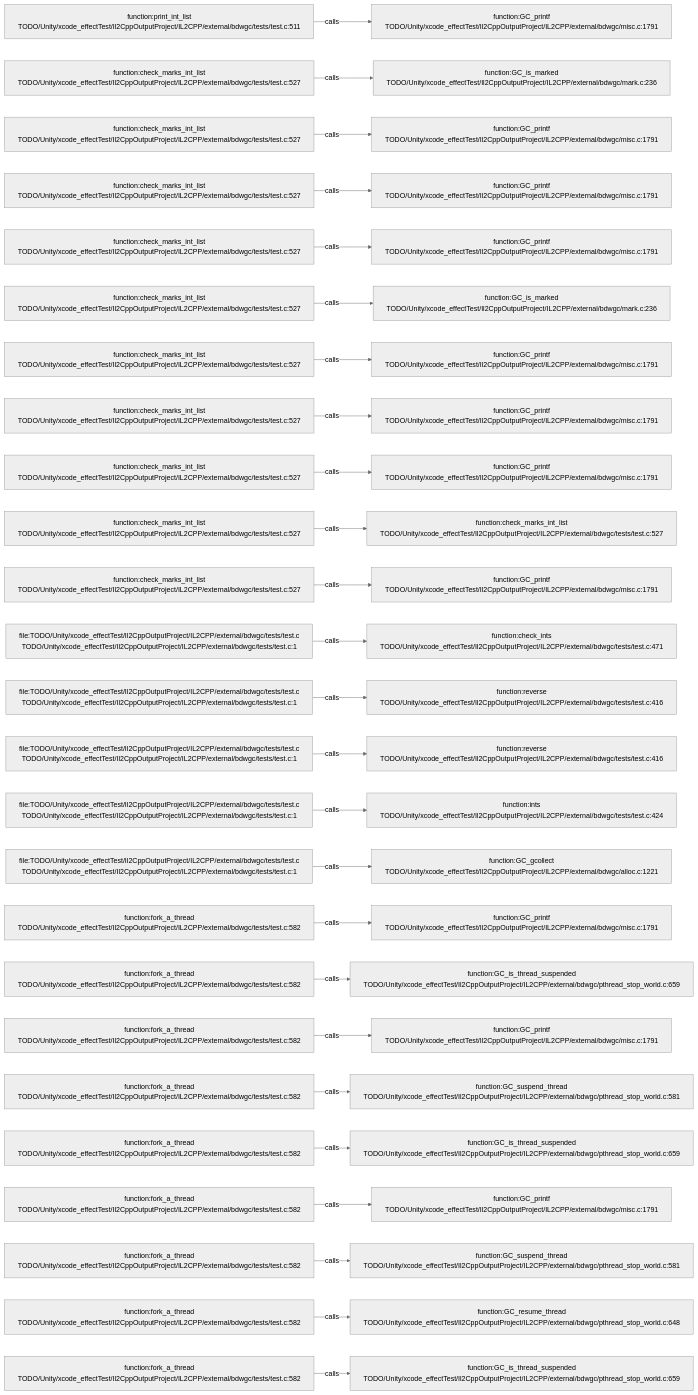
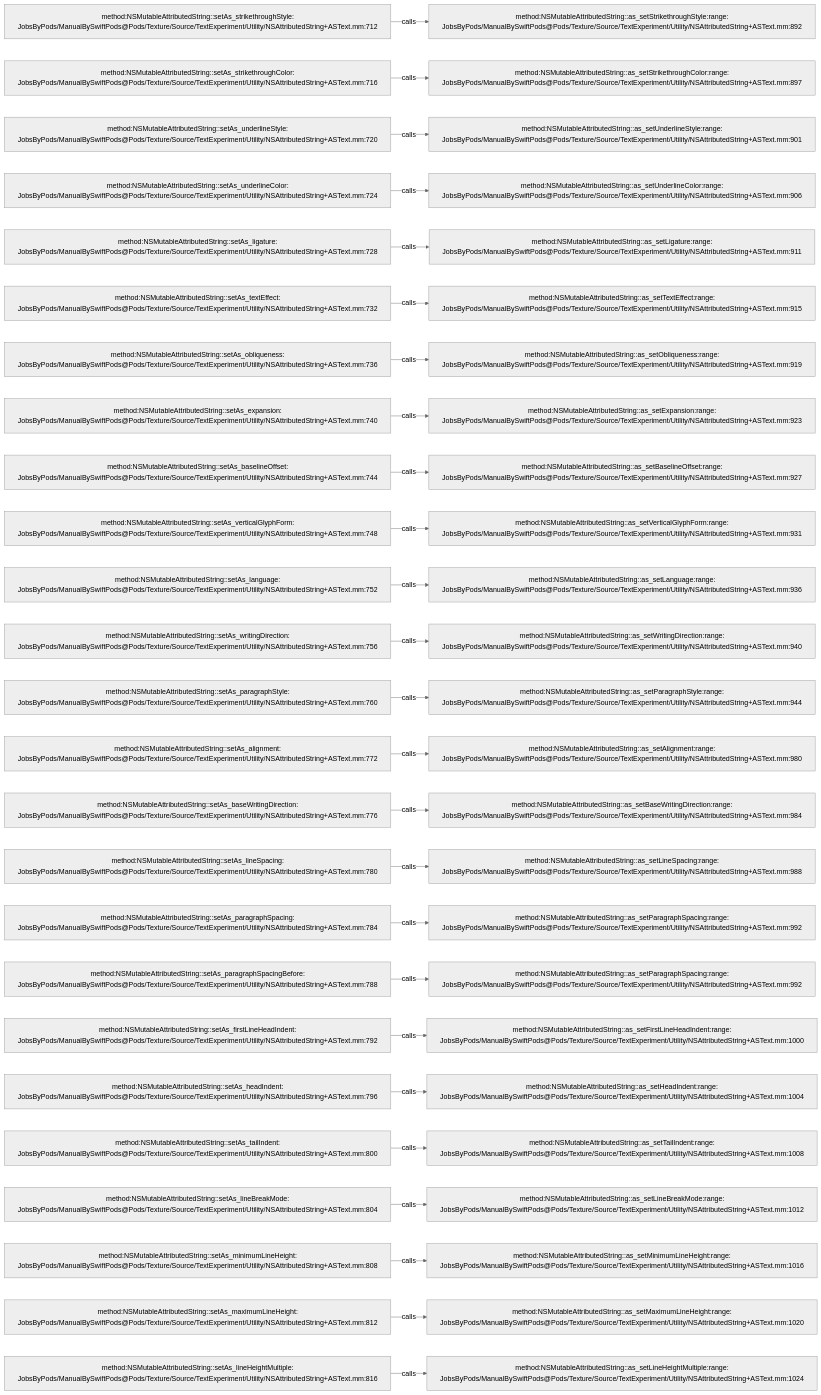
Before and after one commit to JobsKits/JobsSwiftBaseConfigDemo: the diagram in .codegraph/codegraph.md/graphs/calls-163.md, drawn with Mermaid (neutral theme). The commit also changed 2959 other files, not shown here.

````diff
--- a/.codegraph/codegraph.md/graphs/calls-163.md
+++ b/.codegraph/codegraph.md/graphs/calls-163.md
@@ -13,78 +13,78 @@
 ```mermaid
 flowchart LR
-  S1["function:print_int_list<br/>TODO/Unity/xcode_effectTest/Il2CppOutputProject/IL2CPP/external/bdwgc/tests/test.c:511"]
-  T1["function:GC_printf<br/>TODO/Unity/xcode_effectTest/Il2CppOutputProject/IL2CPP/external/bdwgc/misc.c:1791"]
+  S1["method:NSMutableAttributedString::setAs_strikethroughStyle:<br/>JobsByPods/ManualBySwiftPods@Pods/Texture/Source/TextExperiment/Utility/NSAttributedString+ASText.mm:712"]
+  T1["method:NSMutableAttributedString::as_setStrikethroughStyle:range:<br/>JobsByPods/ManualBySwiftPods@Pods/Texture/Source/TextExperiment/Utility/NSAttributedString+ASText.mm:892"]
   S1 -->|calls| T1
-  S2["function:check_marks_int_list<br/>TODO/Unity/xcode_effectTest/Il2CppOutputProject/IL2CPP/external/bdwgc/tests/test.c:527"]
-  T2["function:GC_is_marked<br/>TODO/Unity/xcode_effectTest/Il2CppOutputProject/IL2CPP/external/bdwgc/mark.c:236"]
+  S2["method:NSMutableAttributedString::setAs_strikethroughColor:<br/>JobsByPods/ManualBySwiftPods@Pods/Texture/Source/TextExperiment/Utility/NSAttributedString+ASText.mm:716"]
+  T2["method:NSMutableAttributedString::as_setStrikethroughColor:range:<br/>JobsByPods/ManualBySwiftPods@Pods/Texture/Source/TextExperiment/Utility/NSAttributedString+ASText.mm:897"]
   S2 -->|calls| T2
-  S3["function:check_marks_int_list<br/>TODO/Unity/xcode_effectTest/Il2CppOutputProject/IL2CPP/external/bdwgc/tests/test.c:527"]
-  T3["function:GC_printf<br/>TODO/Unity/xcode_effectTest/Il2CppOutputProject/IL2CPP/external/bdwgc/misc.c:1791"]
+  S3["method:NSMutableAttributedString::setAs_underlineStyle:<br/>JobsByPods/ManualBySwiftPods@Pods/Texture/Source/TextExperiment/Utility/NSAttributedString+ASText.mm:720"]
+  T3["method:NSMutableAttributedString::as_setUnderlineStyle:range:<br/>JobsByPods/ManualBySwiftPods@Pods/Texture/Source/TextExperiment/Utility/NSAttributedString+ASText.mm:901"]
   S3 -->|calls| T3
-  S4["function:check_marks_int_list<br/>TODO/Unity/xcode_effectTest/Il2CppOutputProject/IL2CPP/external/bdwgc/tests/test.c:527"]
-  T4["function:GC_printf<br/>TODO/Unity/xcode_effectTest/Il2CppOutputProject/IL2CPP/external/bdwgc/misc.c:1791"]
+  S4["method:NSMutableAttributedString::setAs_underlineColor:<br/>JobsByPods/ManualBySwiftPods@Pods/Texture/Source/TextExperiment/Utility/NSAttributedString+ASText.mm:724"]
+  T4["method:NSMutableAttributedString::as_setUnderlineColor:range:<br/>JobsByPods/ManualBySwiftPods@Pods/Texture/Source/TextExperiment/Utility/NSAttributedString+ASText.mm:906"]
   S4 -->|calls| T4
-  S5["function:check_marks_int_list<br/>TODO/Unity/xcode_effectTest/Il2CppOutputProject/IL2CPP/external/bdwgc/tests/test.c:527"]
-  T5["function:GC_printf<br/>TODO/Unity/xcode_effectTest/Il2CppOutputProject/IL2CPP/external/bdwgc/misc.c:1791"]
+  S5["method:NSMutableAttributedString::setAs_ligature:<br/>JobsByPods/ManualBySwiftPods@Pods/Texture/Source/TextExperiment/Utility/NSAttributedString+ASText.mm:728"]
+  T5["method:NSMutableAttributedString::as_setLigature:range:<br/>JobsByPods/ManualBySwiftPods@Pods/Texture/Source/TextExperiment/Utility/NSAttributedString+ASText.mm:911"]
   S5 -->|calls| T5
-  S6["function:check_marks_int_list<br/>TODO/Unity/xcode_effectTest/Il2CppOutputProject/IL2CPP/external/bdwgc/tests/test.c:527"]
-  T6["function:GC_is_marked<br/>TODO/Unity/xcode_effectTest/Il2CppOutputProject/IL2CPP/external/bdwgc/mark.c:236"]
+  S6["method:NSMutableAttributedString::setAs_textEffect:<br/>JobsByPods/ManualBySwiftPods@Pods/Texture/Source/TextExperiment/Utility/NSAttributedString+ASText.mm:732"]
+  T6["method:NSMutableAttributedString::as_setTextEffect:range:<br/>JobsByPods/ManualBySwiftPods@Pods/Texture/Source/TextExperiment/Utility/NSAttributedString+ASText.mm:915"]
   S6 -->|calls| T6
-  S7["function:check_marks_int_list<br/>TODO/Unity/xcode_effectTest/Il2CppOutputProject/IL2CPP/external/bdwgc/tests/test.c:527"]
-  T7["function:GC_printf<br/>TODO/Unity/xcode_effectTest/Il2CppOutputProject/IL2CPP/external/bdwgc/misc.c:1791"]
+  S7["method:NSMutableAttributedString::setAs_obliqueness:<br/>JobsByPods/ManualBySwiftPods@Pods/Texture/Source/TextExperiment/Utility/NSAttributedString+ASText.mm:736"]
+  T7["method:NSMutableAttributedString::as_setObliqueness:range:<br/>JobsByPods/ManualBySwiftPods@Pods/Texture/Source/TextExperiment/Utility/NSAttributedString+ASText.mm:919"]
   S7 -->|calls| T7
-  S8["function:check_marks_int_list<br/>TODO/Unity/xcode_effectTest/Il2CppOutputProject/IL2CPP/external/bdwgc/tests/test.c:527"]
-  T8["function:GC_printf<br/>TODO/Unity/xcode_effectTest/Il2CppOutputProject/IL2CPP/external/bdwgc/misc.c:1791"]
+  S8["method:NSMutableAttributedString::setAs_expansion:<br/>JobsByPods/ManualBySwiftPods@Pods/Texture/Source/TextExperiment/Utility/NSAttributedString+ASText.mm:740"]
+  T8["method:NSMutableAttributedString::as_setExpansion:range:<br/>JobsByPods/ManualBySwiftPods@Pods/Texture/Source/TextExperiment/Utility/NSAttributedString+ASText.mm:923"]
   S8 -->|calls| T8
-  S9["function:check_marks_int_list<br/>TODO/Unity/xcode_effectTest/Il2CppOutputProject/IL2CPP/external/bdwgc/tests/test.c:527"]
-  T9["function:GC_printf<br/>TODO/Unity/xcode_effectTest/Il2CppOutputProject/IL2CPP/external/bdwgc/misc.c:1791"]
+  S9["method:NSMutableAttributedString::setAs_baselineOffset:<br/>JobsByPods/ManualBySwiftPods@Pods/Texture/Source/TextExperiment/Utility/NSAttributedString+ASText.mm:744"]
+  T9["method:NSMutableAttributedString::as_setBaselineOffset:range:<br/>JobsByPods/ManualBySwiftPods@Pods/Texture/Source/TextExperiment/Utility/NSAttributedString+ASText.mm:927"]
   S9 -->|calls| T9
-  S10["function:check_marks_int_list<br/>TODO/Unity/xcode_effectTest/Il2CppOutputProject/IL2CPP/external/bdwgc/tests/test.c:527"]
-  T10["function:check_marks_int_list<br/>TODO/Unity/xcode_effectTest/Il2CppOutputProject/IL2CPP/external/bdwgc/tests/test.c:527"]
+  S10["method:NSMutableAttributedString::setAs_verticalGlyphForm:<br/>JobsByPods/ManualBySwiftPods@Pods/Texture/Source/TextExperiment/Utility/NSAttributedString+ASText.mm:748"]
+  T10["method:NSMutableAttributedString::as_setVerticalGlyphForm:range:<br/>JobsByPods/ManualBySwiftPods@Pods/Texture/Source/TextExperiment/Utility/NSAttributedString+ASText.mm:931"]
   S10 -->|calls| T10
-  S11["function:check_marks_int_list<br/>TODO/Unity/xcode_effectTest/Il2CppOutputProject/IL2CPP/external/bdwgc/tests/test.c:527"]
-  T11["function:GC_printf<br/>TODO/Unity/xcode_effectTest/Il2CppOutputProject/IL2CPP/external/bdwgc/misc.c:1791"]
+  S11["method:NSMutableAttributedString::setAs_language:<br/>JobsByPods/ManualBySwiftPods@Pods/Texture/Source/TextExperiment/Utility/NSAttributedString+ASText.mm:752"]
+  T11["method:NSMutableAttributedString::as_setLanguage:range:<br/>JobsByPods/ManualBySwiftPods@Pods/Texture/Source/TextExperiment/Utility/NSAttributedString+ASText.mm:936"]
   S11 -->|calls| T11
-  S12["file:TODO/Unity/xcode_effectTest/Il2CppOutputProject/IL2CPP/external/bdwgc/tests/test.c<br/>TODO/Unity/xcode_effectTest/Il2CppOutputProject/IL2CPP/external/bdwgc/tests/test.c:1"]
-  T12["function:check_ints<br/>TODO/Unity/xcode_effectTest/Il2CppOutputProject/IL2CPP/external/bdwgc/tests/test.c:471"]
+  S12["method:NSMutableAttributedString::setAs_writingDirection:<br/>JobsByPods/ManualBySwiftPods@Pods/Texture/Source/TextExperiment/Utility/NSAttributedString+ASText.mm:756"]
+  T12["method:NSMutableAttributedString::as_setWritingDirection:range:<br/>JobsByPods/ManualBySwiftPods@Pods/Texture/Source/TextExperiment/Utility/NSAttributedString+ASText.mm:940"]
   S12 -->|calls| T12
-  S13["file:TODO/Unity/xcode_effectTest/Il2CppOutputProject/IL2CPP/external/bdwgc/tests/test.c<br/>TODO/Unity/xcode_effectTest/Il2CppOutputProject/IL2CPP/external/bdwgc/tests/test.c:1"]
-  T13["function:reverse<br/>TODO/Unity/xcode_effectTest/Il2CppOutputProject/IL2CPP/external/bdwgc/tests/test.c:416"]
+  S13["method:NSMutableAttributedString::setAs_paragraphStyle:<br/>JobsByPods/ManualBySwiftPods@Pods/Texture/Source/TextExperiment/Utility/NSAttributedString+ASText.mm:760"]
+  T13["method:NSMutableAttributedString::as_setParagraphStyle:range:<br/>JobsByPods/ManualBySwiftPods@Pods/Texture/Source/TextExperiment/Utility/NSAttributedString+ASText.mm:944"]
   S13 -->|calls| T13
-  S14["file:TODO/Unity/xcode_effectTest/Il2CppOutputProject/IL2CPP/external/bdwgc/tests/test.c<br/>TODO/Unity/xcode_effectTest/Il2CppOutputProject/IL2CPP/external/bdwgc/tests/test.c:1"]
-  T14["function:reverse<br/>TODO/Unity/xcode_effectTest/Il2CppOutputProject/IL2CPP/external/bdwgc/tests/test.c:416"]
+  S14["method:NSMutableAttributedString::setAs_alignment:<br/>JobsByPods/ManualBySwiftPods@Pods/Texture/Source/TextExperiment/Utility/NSAttributedString+ASText.mm:772"]
+  T14["method:NSMutableAttributedString::as_setAlignment:range:<br/>JobsByPods/ManualBySwiftPods@Pods/Texture/Source/TextExperiment/Utility/NSAttributedString+ASText.mm:980"]
   S14 -->|calls| T14
-  S15["file:TODO/Unity/xcode_effectTest/Il2CppOutputProject/IL2CPP/external/bdwgc/tests/test.c<br/>TODO/Unity/xcode_effectTest/Il2CppOutputProject/IL2CPP/external/bdwgc/tests/test.c:1"]
-  T15["function:ints<br/>TODO/Unity/xcode_effectTest/Il2CppOutputProject/IL2CPP/external/bdwgc/tests/test.c:424"]
+  S15["method:NSMutableAttributedString::setAs_baseWritingDirection:<br/>JobsByPods/ManualBySwiftPods@Pods/Texture/Source/TextExperiment/Utility/NSAttributedString+ASText.mm:776"]
+  T15["method:NSMutableAttributedString::as_setBaseWritingDirection:range:<br/>JobsByPods/ManualBySwiftPods@Pods/Texture/Source/TextExperiment/Utility/NSAttributedString+ASText.mm:984"]
   S15 -->|calls| T15
-  S16["file:TODO/Unity/xcode_effectTest/Il2CppOutputProject/IL2CPP/external/bdwgc/tests/test.c<br/>TODO/Unity/xcode_effectTest/Il2CppOutputProject/IL2CPP/external/bdwgc/tests/test.c:1"]
-  T16["function:GC_gcollect<br/>TODO/Unity/xcode_effectTest/Il2CppOutputProject/IL2CPP/external/bdwgc/alloc.c:1221"]
+  S16["method:NSMutableAttributedString::setAs_lineSpacing:<br/>JobsByPods/ManualBySwiftPods@Pods/Texture/Source/TextExperiment/Utility/NSAttributedString+ASText.mm:780"]
+  T16["method:NSMutableAttributedString::as_setLineSpacing:range:<br/>JobsByPods/ManualBySwiftPods@Pods/Texture/Source/TextExperiment/Utility/NSAttributedString+ASText.mm:988"]
   S16 -->|calls| T16
-  S17["function:fork_a_thread<br/>TODO/Unity/xcode_effectTest/Il2CppOutputProject/IL2CPP/external/bdwgc/tests/test.c:582"]
-  T17["function:GC_printf<br/>TODO/Unity/xcode_effectTest/Il2CppOutputProject/IL2CPP/external/bdwgc/misc.c:1791"]
+  S17["method:NSMutableAttributedString::setAs_paragraphSpacing:<br/>JobsByPods/ManualBySwiftPods@Pods/Texture/Source/TextExperiment/Utility/NSAttributedString+ASText.mm:784"]
+  T17["method:NSMutableAttributedString::as_setParagraphSpacing:range:<br/>JobsByPods/ManualBySwiftPods@Pods/Texture/Source/TextExperiment/Utility/NSAttributedString+ASText.mm:992"]
   S17 -->|calls| T17
-  S18["function:fork_a_thread<br/>TODO/Unity/xcode_effectTest/Il2CppOutputProject/IL2CPP/external/bdwgc/tests/test.c:582"]
-  T18["function:GC_is_thread_suspended<br/>TODO/Unity/xcode_effectTest/Il2CppOutputProject/IL2CPP/external/bdwgc/pthread_stop_world.c:659"]
+  S18["method:NSMutableAttributedString::setAs_paragraphSpacingBefore:<br/>JobsByPods/ManualBySwiftPods@Pods/Texture/Source/TextExperiment/Utility/NSAttributedString+ASText.mm:788"]
+  T18["method:NSMutableAttributedString::as_setParagraphSpacing:range:<br/>JobsByPods/ManualBySwiftPods@Pods/Texture/Source/TextExperiment/Utility/NSAttributedString+ASText.mm:992"]
   S18 -->|calls| T18
-  S19["function:fork_a_thread<br/>TODO/Unity/xcode_effectTest/Il2CppOutputProject/IL2CPP/external/bdwgc/tests/test.c:582"]
-  T19["function:GC_printf<br/>TODO/Unity/xcode_effectTest/Il2CppOutputProject/IL2CPP/external/bdwgc/misc.c:1791"]
+  S19["method:NSMutableAttributedString::setAs_firstLineHeadIndent:<br/>JobsByPods/ManualBySwiftPods@Pods/Texture/Source/TextExperiment/Utility/NSAttributedString+ASText.mm:792"]
+  T19["method:NSMutableAttributedString::as_setFirstLineHeadIndent:range:<br/>JobsByPods/ManualBySwiftPods@Pods/Texture/Source/TextExperiment/Utility/NSAttributedString+ASText.mm:1000"]
   S19 -->|calls| T19
-  S20["function:fork_a_thread<br/>TODO/Unity/xcode_effectTest/Il2CppOutputProject/IL2CPP/external/bdwgc/tests/test.c:582"]
-  T20["function:GC_suspend_thread<br/>TODO/Unity/xcode_effectTest/Il2CppOutputProject/IL2CPP/external/bdwgc/pthread_stop_world.c:581"]
+  S20["method:NSMutableAttributedString::setAs_headIndent:<br/>JobsByPods/ManualBySwiftPods@Pods/Texture/Source/TextExperiment/Utility/NSAttributedString+ASText.mm:796"]
+  T20["method:NSMutableAttributedString::as_setHeadIndent:range:<br/>JobsByPods/ManualBySwiftPods@Pods/Texture/Source/TextExperiment/Utility/NSAttributedString+ASText.mm:1004"]
   S20 -->|calls| T20
-  S21["function:fork_a_thread<br/>TODO/Unity/xcode_effectTest/Il2CppOutputProject/IL2CPP/external/bdwgc/tests/test.c:582"]
-  T21["function:GC_is_thread_suspended<br/>TODO/Unity/xcode_effectTest/Il2CppOutputProject/IL2CPP/external/bdwgc/pthread_stop_world.c:659"]
+  S21["method:NSMutableAttributedString::setAs_tailIndent:<br/>JobsByPods/ManualBySwiftPods@Pods/Texture/Source/TextExperiment/Utility/NSAttributedString+ASText.mm:800"]
+  T21["method:NSMutableAttributedString::as_setTailIndent:range:<br/>JobsByPods/ManualBySwiftPods@Pods/Texture/Source/TextExperiment/Utility/NSAttributedString+ASText.mm:1008"]
   S21 -->|calls| T21
-  S22["function:fork_a_thread<br/>TODO/Unity/xcode_effectTest/Il2CppOutputProject/IL2CPP/external/bdwgc/tests/test.c:582"]
-  T22["function:GC_printf<br/>TODO/Unity/xcode_effectTest/Il2CppOutputProject/IL2CPP/external/bdwgc/misc.c:1791"]
+  S22["method:NSMutableAttributedString::setAs_lineBreakMode:<br/>JobsByPods/ManualBySwiftPods@Pods/Texture/Source/TextExperiment/Utility/NSAttributedString+ASText.mm:804"]
+  T22["method:NSMutableAttributedString::as_setLineBreakMode:range:<br/>JobsByPods/ManualBySwiftPods@Pods/Texture/Source/TextExperiment/Utility/NSAttributedString+ASText.mm:1012"]
   S22 -->|calls| T22
-  S23["function:fork_a_thread<br/>TODO/Unity/xcode_effectTest/Il2CppOutputProject/IL2CPP/external/bdwgc/tests/test.c:582"]
-  T23["function:GC_suspend_thread<br/>TODO/Unity/xcode_effectTest/Il2CppOutputProject/IL2CPP/external/bdwgc/pthread_stop_world.c:581"]
+  S23["method:NSMutableAttributedString::setAs_minimumLineHeight:<br/>JobsByPods/ManualBySwiftPods@Pods/Texture/Source/TextExperiment/Utility/NSAttributedString+ASText.mm:808"]
+  T23["method:NSMutableAttributedString::as_setMinimumLineHeight:range:<br/>JobsByPods/ManualBySwiftPods@Pods/Texture/Source/TextExperiment/Utility/NSAttributedString+ASText.mm:1016"]
   S23 -->|calls| T23
-  S24["function:fork_a_thread<br/>TODO/Unity/xcode_effectTest/Il2CppOutputProject/IL2CPP/external/bdwgc/tests/test.c:582"]
-  T24["function:GC_resume_thread<br/>TODO/Unity/xcode_effectTest/Il2CppOutputProject/IL2CPP/external/bdwgc/pthread_stop_world.c:648"]
+  S24["method:NSMutableAttributedString::setAs_maximumLineHeight:<br/>JobsByPods/ManualBySwiftPods@Pods/Texture/Source/TextExperiment/Utility/NSAttributedString+ASText.mm:812"]
+  T24["method:NSMutableAttributedString::as_setMaximumLineHeight:range:<br/>JobsByPods/ManualBySwiftPods@Pods/Texture/Source/TextExperiment/Utility/NSAttributedString+ASText.mm:1020"]
   S24 -->|calls| T24
-  S25["function:fork_a_thread<br/>TODO/Unity/xcode_effectTest/Il2CppOutputProject/IL2CPP/external/bdwgc/tests/test.c:582"]
-  T25["function:GC_is_thread_suspended<br/>TODO/Unity/xcode_effectTest/Il2CppOutputProject/IL2CPP/external/bdwgc/pthread_stop_world.c:659"]
+  S25["method:NSMutableAttributedString::setAs_lineHeightMultiple:<br/>JobsByPods/ManualBySwiftPods@Pods/Texture/Source/TextExperiment/Utility/NSAttributedString+ASText.mm:816"]
+  T25["method:NSMutableAttributedString::as_setLineHeightMultiple:range:<br/>JobsByPods/ManualBySwiftPods@Pods/Texture/Source/TextExperiment/Utility/NSAttributedString+ASText.mm:1024"]
   S25 -->|calls| T25
 ```
````
